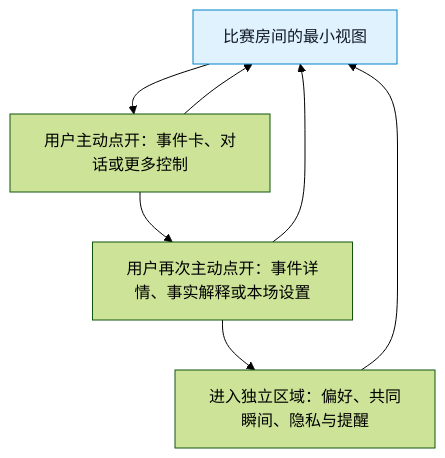
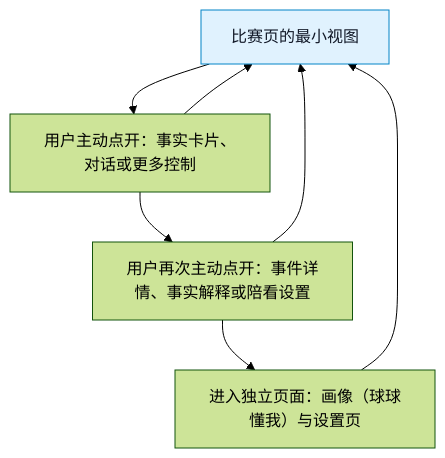
One commit to weiz98417-crypto/qiuqiu changed the second of 12 diagrams in docs/球球全套资料/4.产品设计/34-用户端页面与视觉规格.md. Above: the diagram before and after it, drawn with Mermaid (forest theme). The commit also changed other lines of this file and 49 other files, not shown here.

````diff
--- a/docs/球球全套资料/4.产品设计/34-用户端页面与视觉规格.md
+++ b/docs/球球全套资料/4.产品设计/34-用户端页面与视觉规格.md
@@ -95,12 +93,12 @@
 ```mermaid
 flowchart TD
-    A[比赛房间的最小视图] --> B[用户主动点开：事件卡、对话或更多控制]
-    B --> C[用户再次主动点开：事件详情、事实解释或本场设置]
-    C --> D[进入独立区域：偏好、共同瞬间、隐私与提醒]
+    A[比赛页的最小视图] --> B[用户主动点开：事实卡片、对话或更多控制]
+    B --> C[用户再次主动点开：事件详情、事实解释或陪看设置]
+    C --> D[进入独立页面：画像（球球懂我）与设置页]
     B --> A
     C --> A
     D --> A
 
     classDef minimal fill:#e0f2fe,stroke:#0284c7,color:#111827;
     class A minimal;
 ```
````
